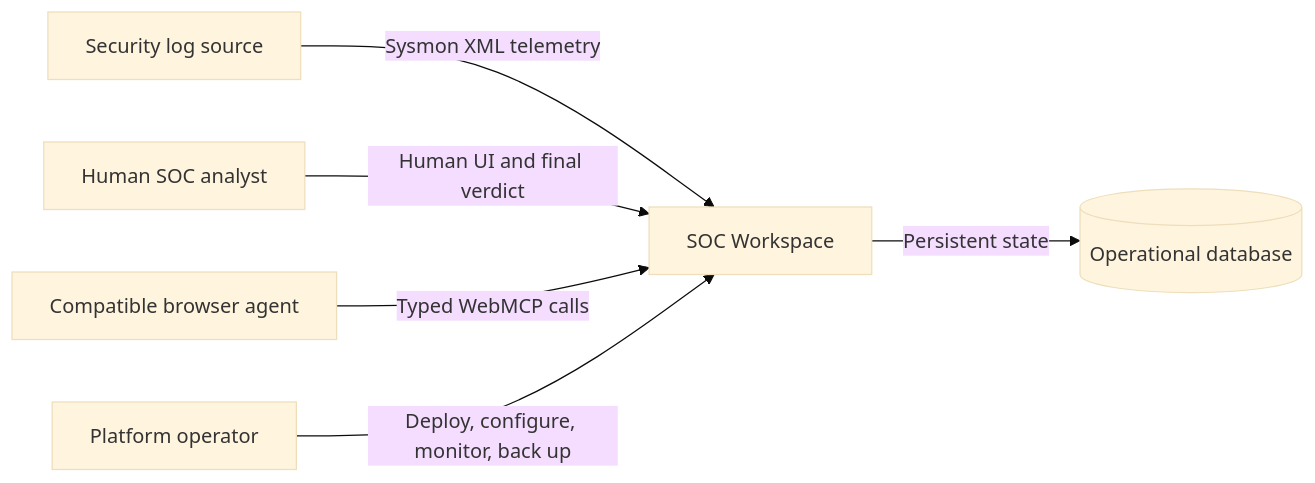
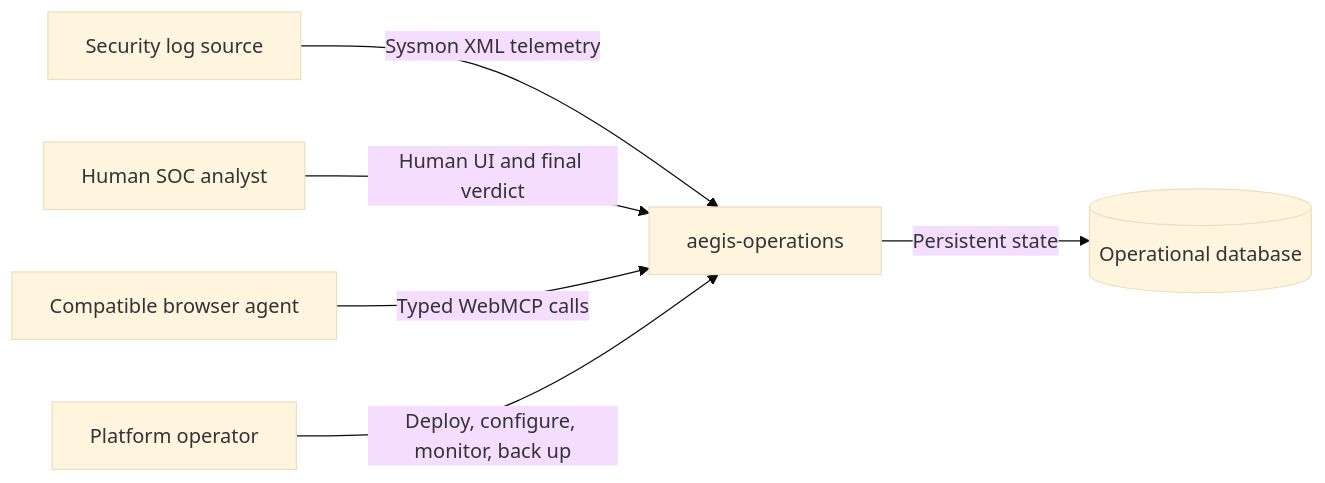
The first of 12 diagrams in ARCHITECTURE.md (rishugkp688/aegis-operations), drawn with Mermaid (base theme) before and after one commit. The commit also changed other lines of this file and 3 other files, not shown here.

````diff
--- a/ARCHITECTURE.md
+++ b/ARCHITECTURE.md
@@ -74,15 +74,15 @@
 ```mermaid
 flowchart LR
     Analyst[Human SOC analyst]
     BrowserAgent[Compatible browser agent]
     Source[Security log source]
-    Workspace[SOC Workspace]
+    Workspace[aegis-operations]
     Storage[(Operational database)]
     Operator[Platform operator]
 
     Source -->|Sysmon XML telemetry| Workspace
     Analyst -->|Human UI and final verdict| Workspace
     BrowserAgent -->|Typed WebMCP calls| Workspace
     Workspace -->|Persistent state| Storage
     Operator -->|Deploy, configure, monitor, back up| Workspace
 ```
````
